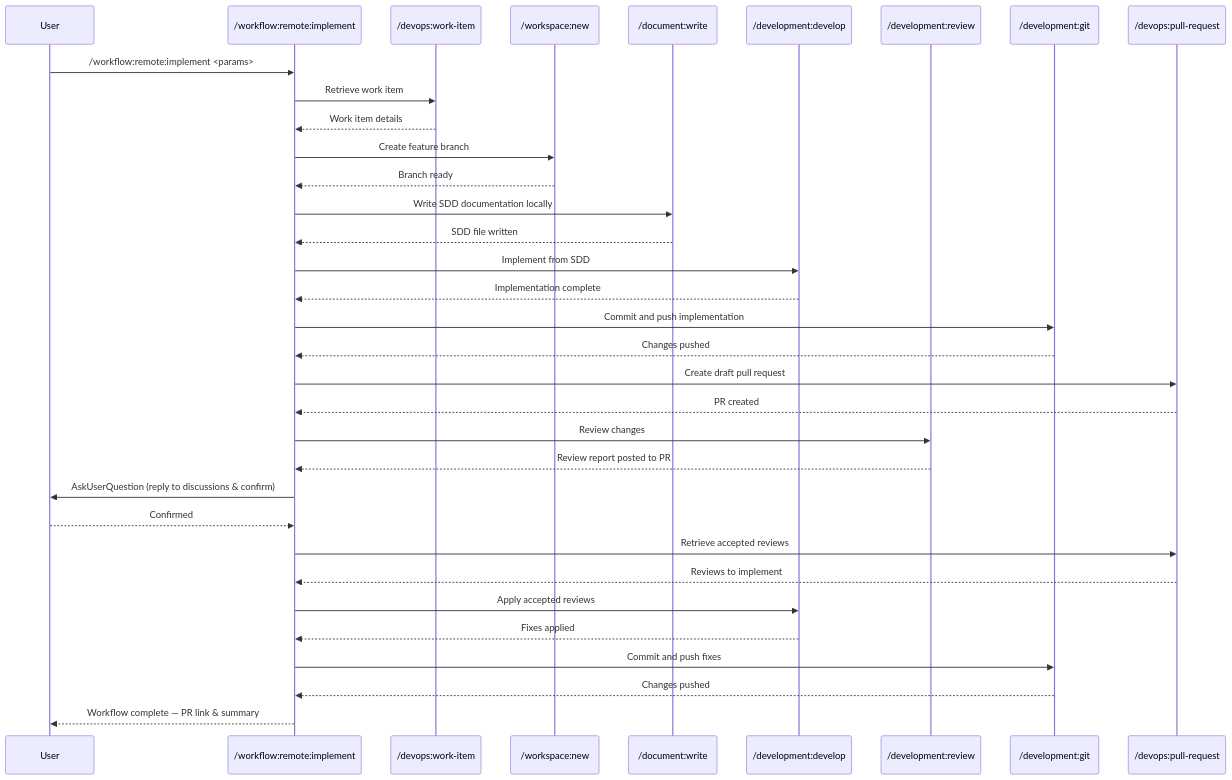
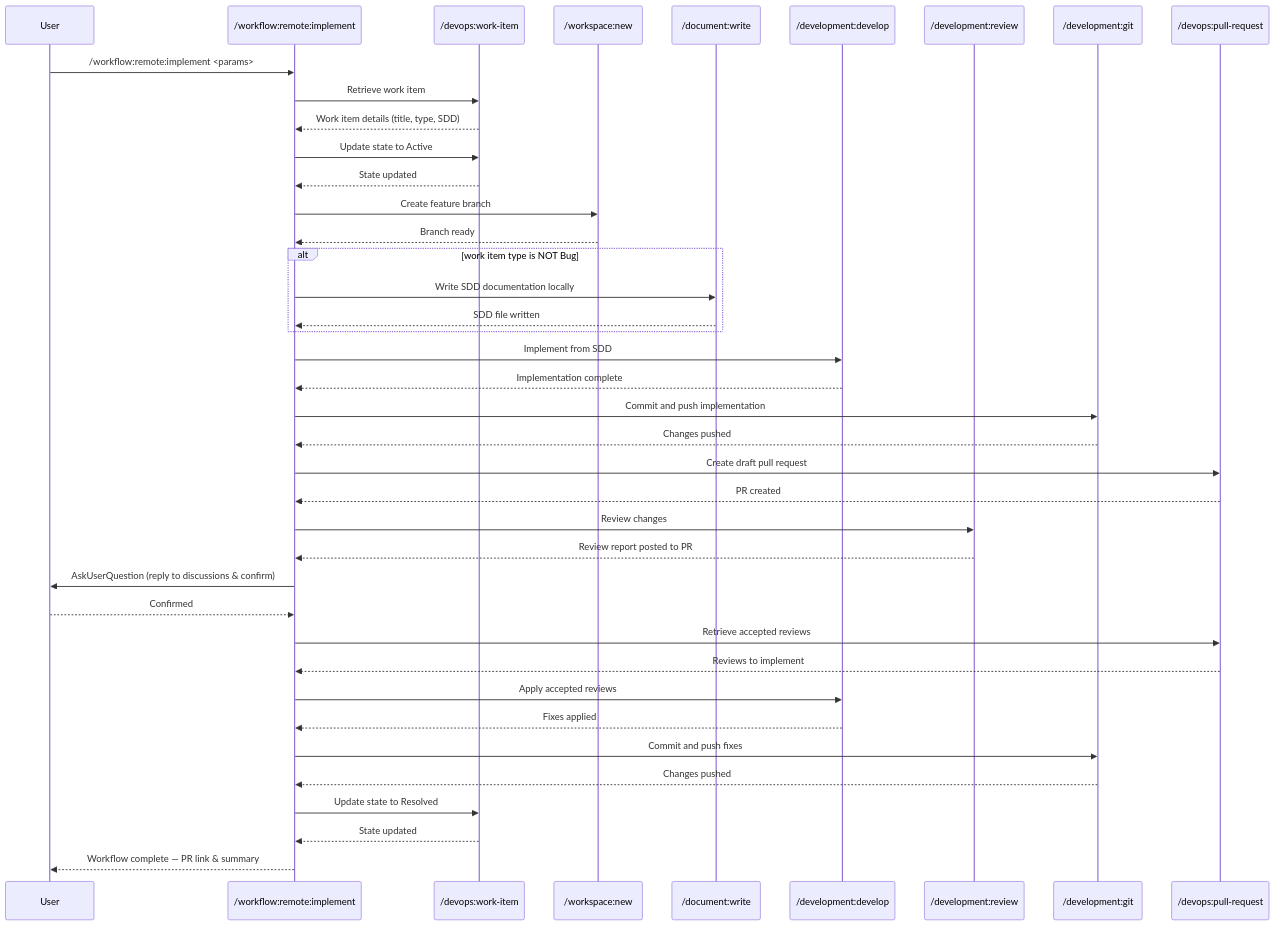
The diagram in .claude/commands/workflow/remote/implement.md (zzaia/zzaia-agentic-workspace), drawn with Mermaid before and after one commit. The commit also changed other lines of this file and 1 other file, not shown here.

````diff
--- a/.claude/commands/workflow/remote/implement.md
+++ b/.claude/commands/workflow/remote/implement.md
@@ -97,48 +100,54 @@
 ```mermaid
 sequenceDiagram
     participant U as User
     participant P as /workflow:remote:implement
     participant WI as /devops:work-item
     participant WN as /workspace:new
     participant DW as /document:write
     participant DD as /development:develop
     participant DR as /development:review
     participant DG as /development:git
     participant PR as /devops:pull-request
 
     U->>P: /workflow:remote:implement <params>
 
     P->>WI: Retrieve work item
-    WI-->>P: Work item details
+    WI-->>P: Work item details (title, type, SDD)
+    P->>WI: Update state to Active
+    WI-->>P: State updated
 
     P->>WN: Create feature branch
     WN-->>P: Branch ready
 
-    P->>DW: Write SDD documentation locally
-    DW-->>P: SDD file written
+    alt work item type is NOT Bug
+        P->>DW: Write SDD documentation locally
+        DW-->>P: SDD file written
+    end
 
     P->>DD: Implement from SDD
     DD-->>P: Implementation complete
 
     P->>DG: Commit and push implementation
     DG-->>P: Changes pushed
 
     P->>PR: Create draft pull request
     PR-->>P: PR created
 
     P->>DR: Review changes
     DR-->>P: Review report posted to PR
     P->>U: AskUserQuestion (reply to discussions & confirm)
     U-->>P: Confirmed
 
     P->>PR: Retrieve accepted reviews
     PR-->>P: Reviews to implement
 
     P->>DD: Apply accepted reviews
     DD-->>P: Fixes applied
 
     P->>DG: Commit and push fixes
     DG-->>P: Changes pushed
+    P->>WI: Update state to Resolved
+    WI-->>P: State updated
 
     P-->>U: Workflow complete — PR link & summary
 ```
````
